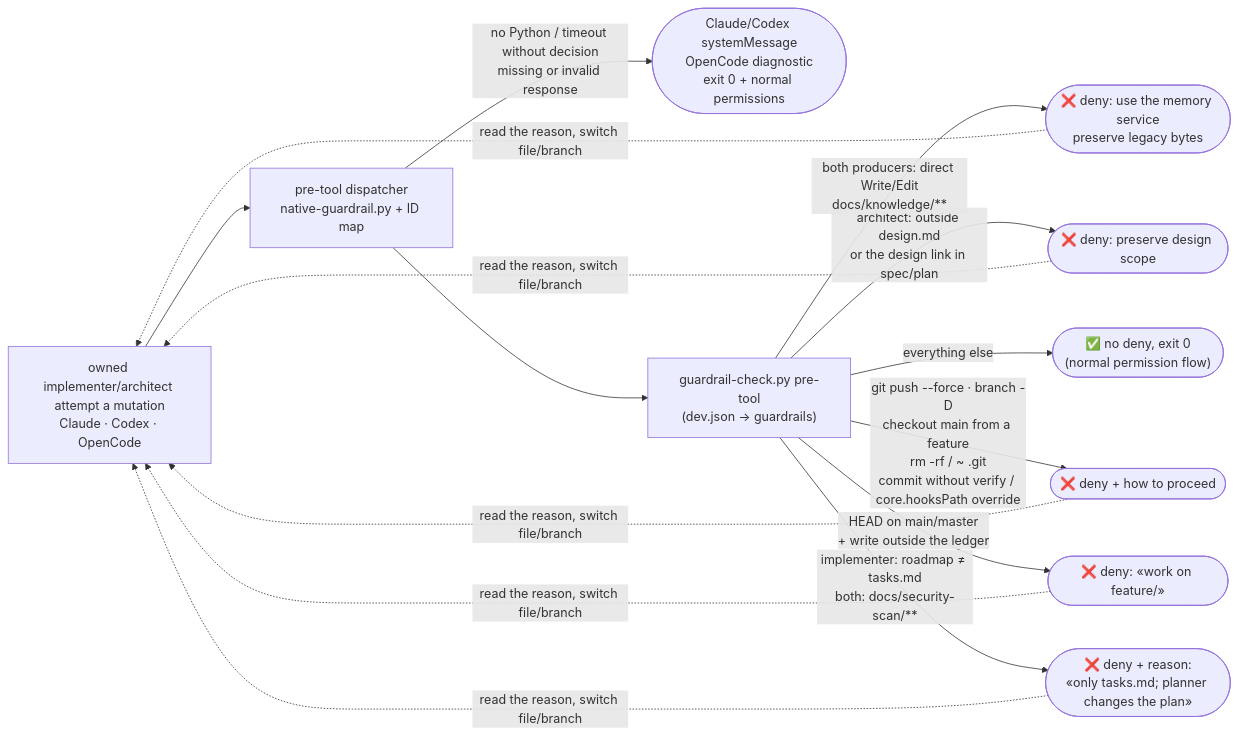
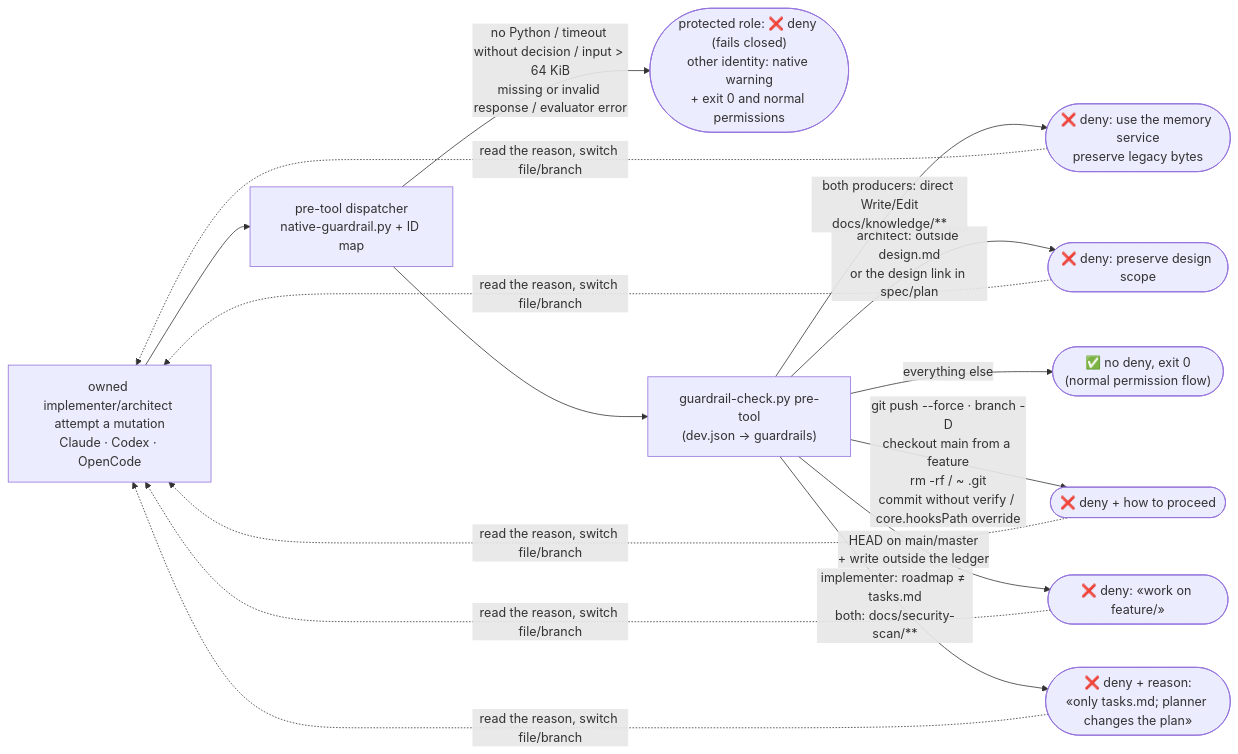
Before and after one commit to daycry/custom-agents: diagram 19 of 28 in docs/en/FLOWS.md, drawn with Mermaid. The commit also changed other lines of this file and 13 other files, not shown here.

````diff
--- a/docs/en/FLOWS.md
+++ b/docs/en/FLOWS.md
@@ -600,13 +601,13 @@
 ```mermaid
 flowchart LR
     T["owned implementer/architect attempt a mutation<br/>Claude · Codex · OpenCode"] --> W["pre-tool dispatcher<br/>native-guardrail.py + ID map"]
-    W -->|"no Python / timeout without decision<br/>missing or invalid response"| M(["Claude/Codex systemMessage<br/>OpenCode diagnostic<br/>exit 0 + normal permissions"])
+    W -->|"no Python / timeout without decision / input > 64 KiB<br/>missing or invalid response / evaluator error"| M(["protected role: ❌ deny (fails closed)<br/>other identity: native warning<br/>+ exit 0 and normal permissions"])
     W --> G["guardrail-check.py pre-tool<br/>(dev.json → guardrails)"]
     G -->|"implementer: roadmap ≠ tasks.md<br/>both: docs/security-scan/**"| D(["❌ deny + reason:<br/>«only tasks.md; planner changes the plan»"])
     G -->|"HEAD on main/master<br/>+ write outside the ledger"| D2(["❌ deny: «work on feature/<slug>»"])
     G -->|"git push --force · branch -D<br/>checkout main from a feature<br/>rm -rf / ~ .git<br/>commit without verify / core.hooksPath override"| D3(["❌ deny + how to proceed"])
     G -->|"architect: outside design.md<br/>or the design link in spec/plan"| DA(["❌ deny: preserve design scope"])
     G -->|"both producers: direct Write/Edit<br/>docs/knowledge/**"| DM(["❌ deny: use the memory service<br/>preserve legacy bytes"])
     G -->|"everything else"| A(["✅ no deny, exit 0<br/>(normal permission flow)"])
     D & D2 & D3 & DM & DA -.->|"read the reason, switch file/branch"| T
 ```
````
